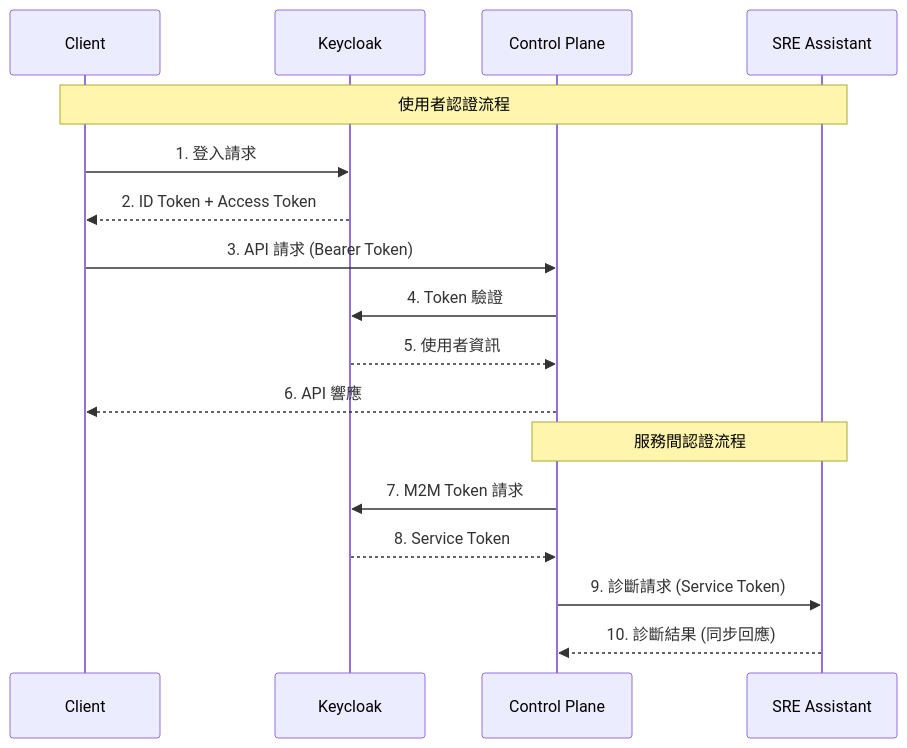
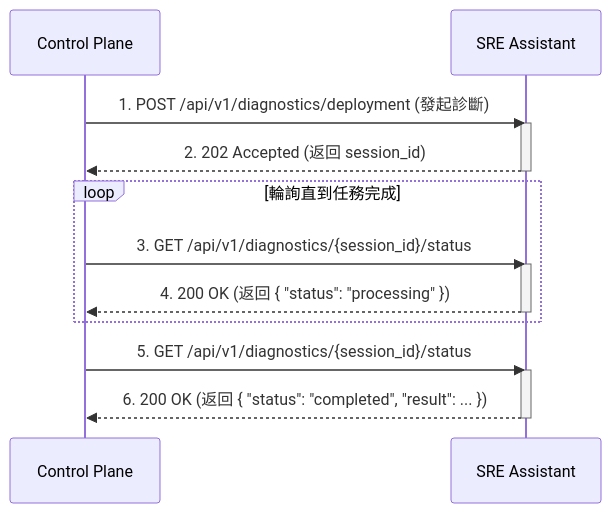
The diagram in docs/API_DOCS.md (detectviz/ai-ops), drawn with Mermaid before and after one commit. The commit also changed other lines of this file and 14 other files, not shown here.

````diff
--- a/docs/API_DOCS.md
+++ b/docs/API_DOCS.md
@@ -75,21 +24,22 @@
 ```mermaid
 sequenceDiagram
-    participant C as Client
-    participant KC as Keycloak
     participant CP as Control Plane
     participant SA as SRE Assistant
     
-    Note over C,SA: 使用者認證流程
-    C->>KC: 1. 登入請求
-    KC-->>C: 2. ID Token + Access Token
-    C->>CP: 3. API 請求 (Bearer Token)
-    CP->>KC: 4. Token 驗證
-    KC-->>CP: 5. 使用者資訊
-    CP-->>C: 6. API 響應
+    CP->>SA: 1. POST /api/v1/diagnostics/deployment (發起診斷)
+    activate SA
+    SA-->>CP: 2. 202 Accepted (返回 session_id)
+    deactivate SA
     
-    Note over CP,SA: 服務間認證流程
-    CP->>KC: 7. M2M Token 請求
-    KC-->>CP: 8. Service Token
-    CP->>SA: 9. 診斷請求 (Service Token)
-    SA-->>CP: 10. 診斷結果 (同步回應)
+    loop 輪詢直到任務完成
+        CP->>SA: 3. GET /api/v1/diagnostics/{session_id}/status
+        activate SA
+        SA-->>CP: 4. 200 OK (返回 { "status": "processing" })
+        deactivate SA
+    end
+    
+    CP->>SA: 5. GET /api/v1/diagnostics/{session_id}/status
+    activate SA
+    SA-->>CP: 6. 200 OK (返回 { "status": "completed", "result": ... })
+    deactivate SA
 ```
````
